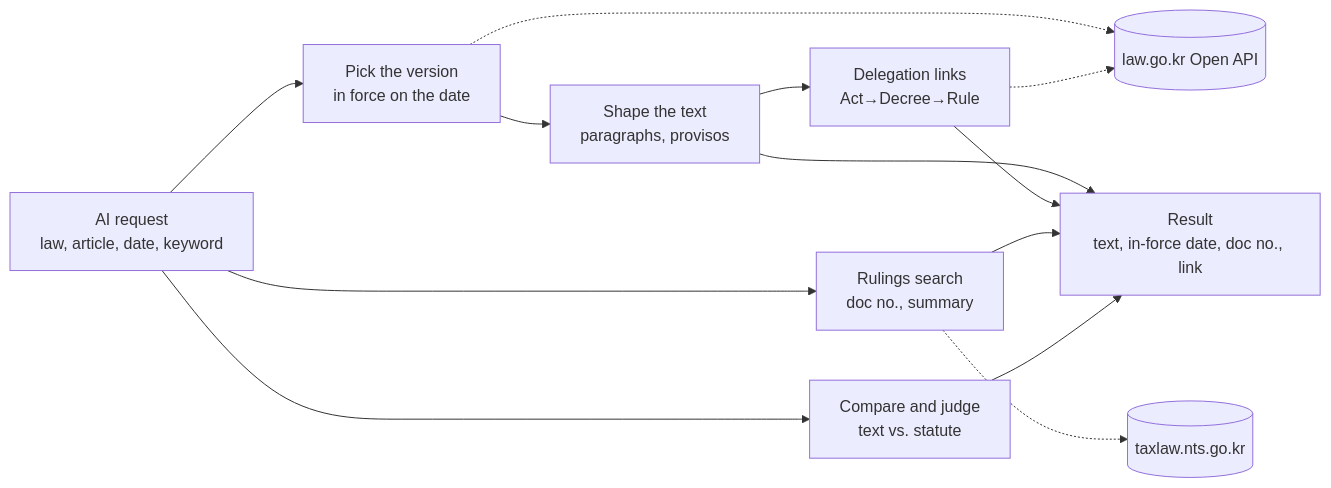
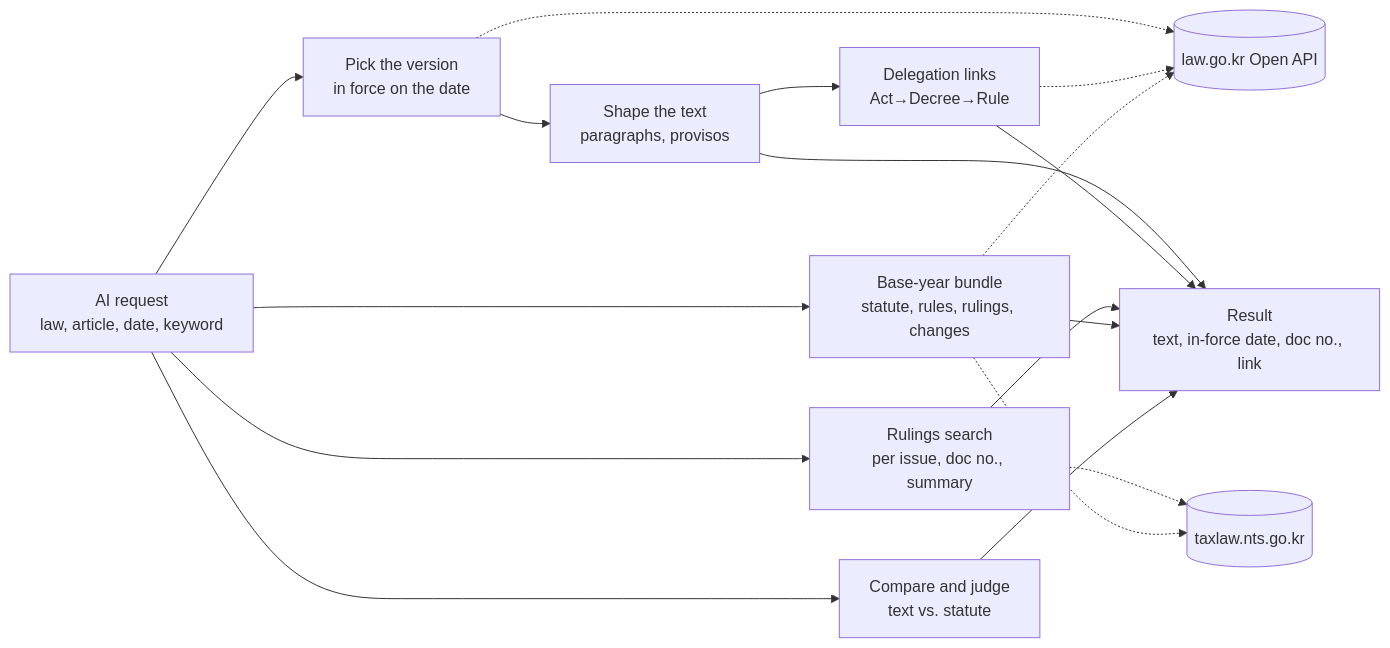
The diagram in README-EN.md (UpstageAI/korean-tax-mcp), drawn with Mermaid before and after one commit. The commit also changed other lines of this file and 1 other file, not shown here.

Commit message:
docs: 작동 방식 그림에 그 해 기준 묶음·쟁점별 검색 반영, 짝 서버 도구 수 85 → 93 (#49)

````diff
--- a/README-EN.md
+++ b/README-EN.md
@@ -17,15 +17,19 @@
 ```mermaid
 flowchart LR
   Q["AI request<br/>law, article, date, keyword"] --> V["Pick the version<br/>in force on the date"]
   V --> P["Shape the text<br/>paragraphs, provisos"]
   P --> L["Delegation links<br/>Act→Decree→Rule"]
-  Q --> S["Rulings search<br/>doc no., summary"]
+  Q --> S["Rulings search<br/>per issue, doc no., summary"]
+  Q --> Y["Base-year bundle<br/>statute, rules, rulings, changes"]
   Q --> C["Compare and judge<br/>text vs. statute"]
   V -.-> A1[("law.go.kr Open API")]
   L -.-> A1
   S -.-> A2[("taxlaw.nts.go.kr")]
+  Y -.-> A1
+  Y -.-> A2
   P --> R["Result<br/>text, in-force date, doc no., link"]
   L --> R
   S --> R
+  Y --> R
   C --> R
 ```
````
